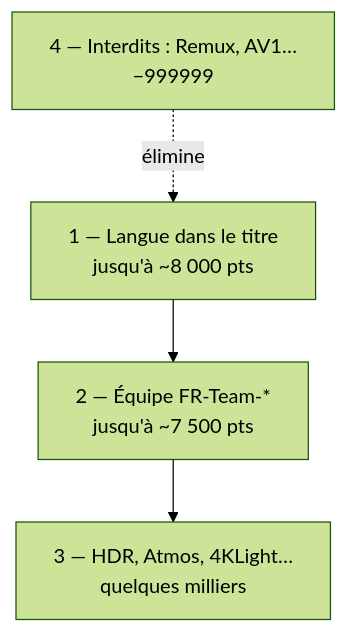
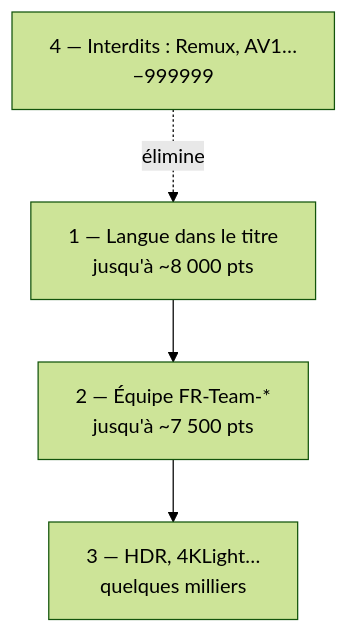
One commit to mcflykid/french-profilarr-database changed the diagram in docs/comprendre/principes.md. Above: the diagram before and after it, drawn with Mermaid (forest theme). The commit also changed other lines of this file and 13 other files, not shown here.

````diff
--- a/docs/comprendre/principes.md
+++ b/docs/comprendre/principes.md
@@ -5,9 +5,9 @@
 ```mermaid
 flowchart TB
   L[1 — Langue dans le titre<br/>jusqu'à ~8 000 pts]
   E[2 — Équipe FR-Team-*<br/>jusqu'à ~7 500 pts]
-  T[3 — HDR, Atmos, 4KLight…<br/>quelques milliers]
+  T[3 — HDR, 4KLight…<br/>quelques milliers]
   X[4 — Interdits : Remux, AV1…<br/>−999999]
   L --> E --> T
   X -.->|élimine| L
 ```
````
